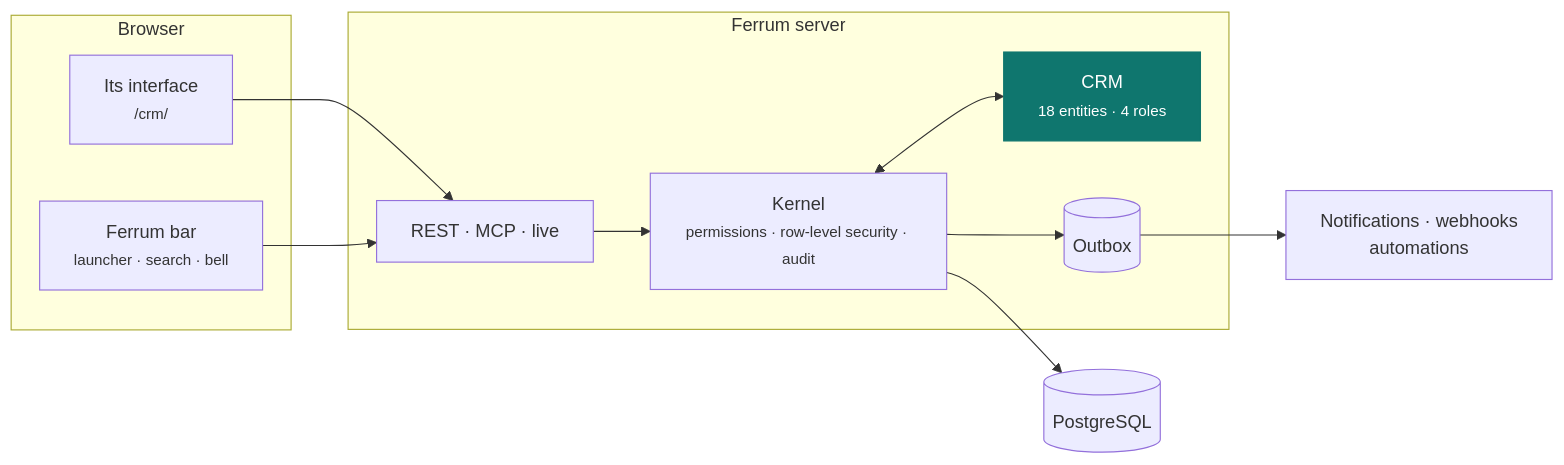
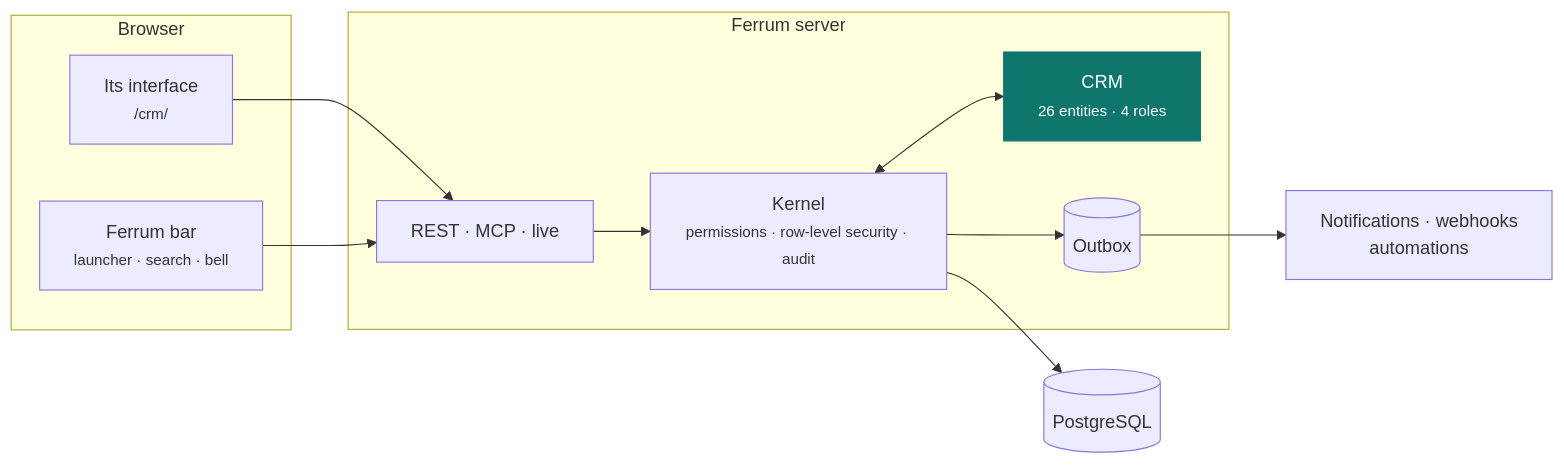
Before and after one commit to CBFerrum/ferrum-app-crm: the second of 3 diagrams in README.md, drawn with Mermaid. The commit also changed other lines of this file and 2 other files, not shown here.

Commit message:
CRM 0.11.0: accounts with owners, territories and parents on one page, people at several companies, teams and territories, targets, consent, prospects merged and leads scored

````diff
--- a/README.md
+++ b/README.md
@@ -117,21 +133,21 @@
 ```mermaid
 flowchart LR
     subgraph Browser
         UI["Its interface<br/><small>/crm/</small>"]
         BAR["Ferrum bar<br/><small>launcher · search · bell</small>"]
     end
     subgraph Server["Ferrum server"]
         API["REST · MCP · live"]
         K["Kernel<br/><small>permissions · row-level security · audit</small>"]
-        APP["CRM<br/><small>18 entities · 4 roles</small>"]
+        APP["CRM<br/><small>26 entities · 4 roles</small>"]
         OB[("Outbox")]
     end
     DB[("PostgreSQL")]
     UI --> API --> K --> DB
     BAR --> API
     K <--> APP
     K --> OB --> EV["Notifications · webhooks<br/>automations"]
 
     classDef app fill:#0f766e,color:#fff,stroke:#0f766e
     class APP app
 ```
````
